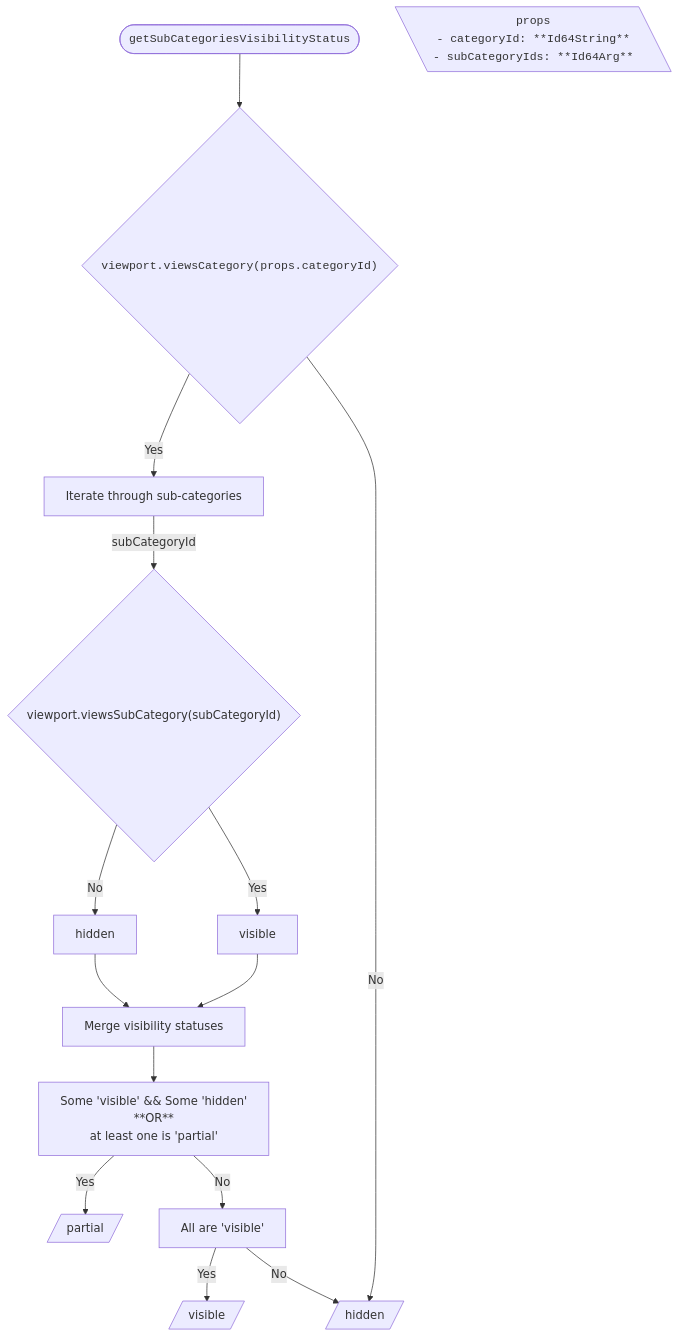
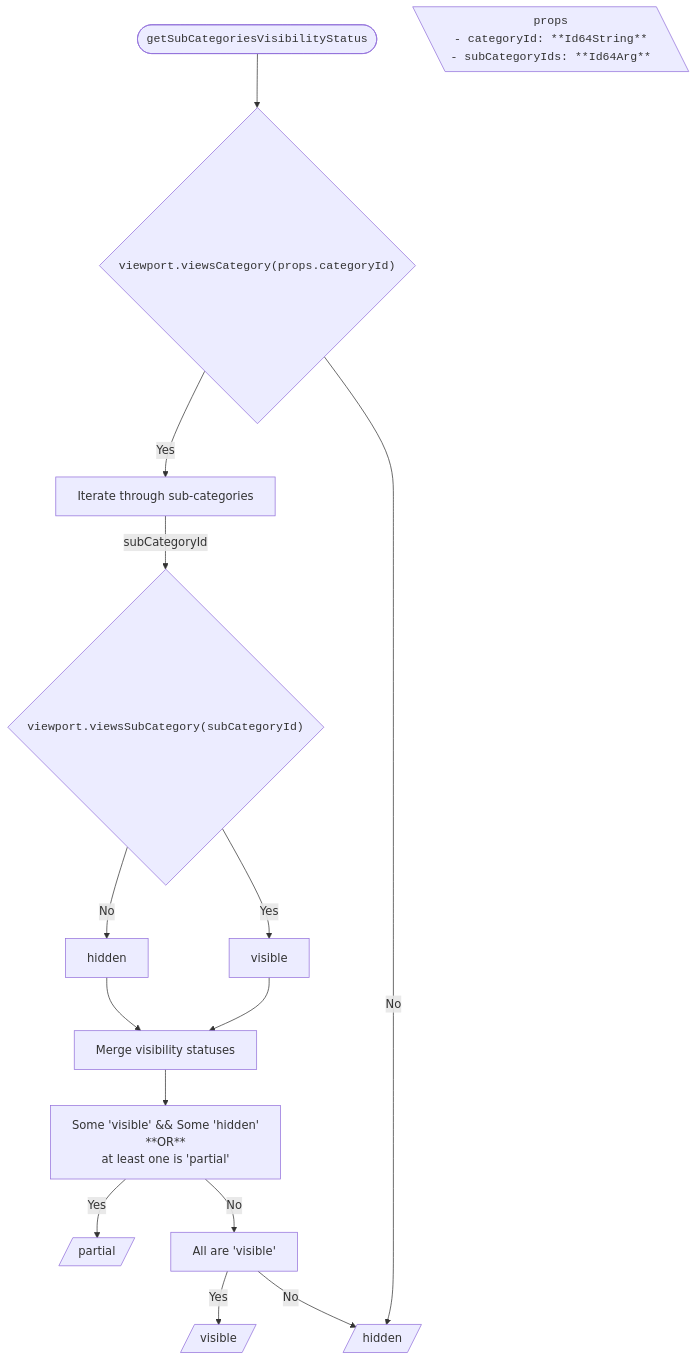
Before and after one commit to iTwin/viewer-components-react: the first of 6 diagrams in packages/itwin/tree-widget/docs/SharedVisibilityHandling.md, drawn with Mermaid.

````diff
--- a/packages/itwin/tree-widget/docs/SharedVisibilityHandling.md
+++ b/packages/itwin/tree-widget/docs/SharedVisibilityHandling.md
@@ -23,44 +23,44 @@
 ```mermaid
 ---
 config:
   flowchart:
     wrappingWidth: 750
     useMaxWidth: false
 ---
 
 flowchart TD
   RESULT_Partial[/partial/]
   RESULT_Visible[/visible/]
   RESULT_Hidden[/hidden/]
 
   %% Start
   TITLE(["<code>getSubCategoriesVisibilityStatus</code>"]) --> A{"<code>viewport.viewsCategory(props.categoryId)</code>"}
 
   PROPS[\"
     <code>props</code>
     <code style='text-align: left;'>- categoryId: **Id64String**<br/> - subCategoryIds: **Id64Arg**</code>
   "\]
 
   %% Branch No
   A -- No --> RESULT_Hidden
 
   %% Branch Yes
   A -- Yes --> B["Iterate through sub-categories"]
-  B -- subCategoryId --> C{"viewport.viewsSubCategory(subCategoryId)"}
+  B -- subCategoryId --> C{"<code>viewport.viewsSubCategory(subCategoryId)</code>"}
   C -- Yes -->  D1[visible]
   C -- No -->  D2[hidden]
 
   %% Merge
   D1 --> M[Merge visibility statuses]
   D2 --> M
 
   M --> N[Some 'visible' && Some 'hidden' <br/> **OR** <br/> at least one is 'partial']
 
   %% Results
   N -- Yes --> RESULT_Partial
 
   N -- No --> O[All are 'visible']
 
   O -- Yes --> RESULT_Visible
   O -- No --> RESULT_Hidden
 ```
````
